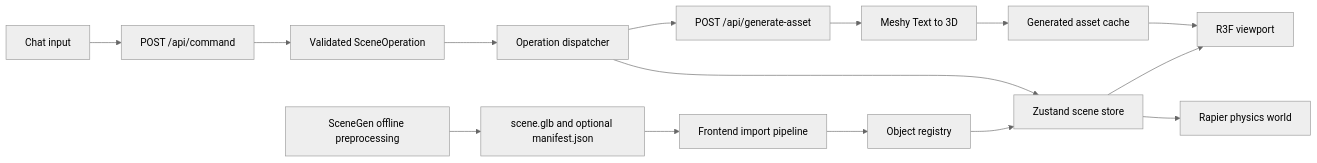
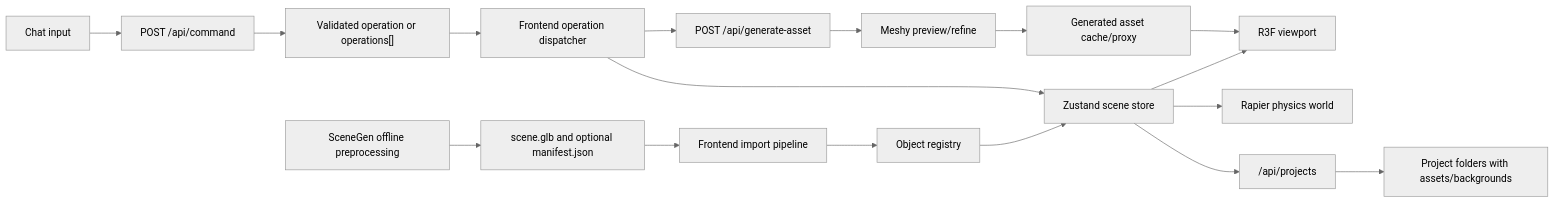
The diagram in docs/architecture.md (chengenli9/QuackHacks2026), drawn with Mermaid (neutral theme) before and after one commit. The commit also changed other lines of this file and 7 other files, not shown here.

````diff
--- a/docs/architecture.md
+++ b/docs/architecture.md
@@ -33,17 +39,19 @@
 ```mermaid
 flowchart LR
   SceneGen["SceneGen offline preprocessing"] --> GLB["scene.glb and optional manifest.json"]
   GLB --> Importer["Frontend import pipeline"]
   Importer --> Registry["Object registry"]
   Registry --> Store["Zustand scene store"]
   Store --> Viewport["R3F viewport"]
   Store --> Physics["Rapier physics world"]
   Chat["Chat input"] --> CommandAPI["POST /api/command"]
-  CommandAPI --> Operation["Validated SceneOperation"]
-  Operation --> Dispatcher["Operation dispatcher"]
+  CommandAPI --> Operation["Validated operation or operations[]"]
+  Operation --> Dispatcher["Frontend operation dispatcher"]
   Dispatcher --> Store
   Dispatcher --> AssetAPI["POST /api/generate-asset"]
-  AssetAPI --> Meshy["Meshy Text to 3D"]
-  Meshy --> Cache["Generated asset cache"]
+  AssetAPI --> Meshy["Meshy preview/refine"]
+  Meshy --> Cache["Generated asset cache/proxy"]
   Cache --> Viewport
+  Store --> ProjectAPI["/api/projects"]
+  ProjectAPI --> ProjectFiles["Project folders with assets/backgrounds"]
 ```
````
